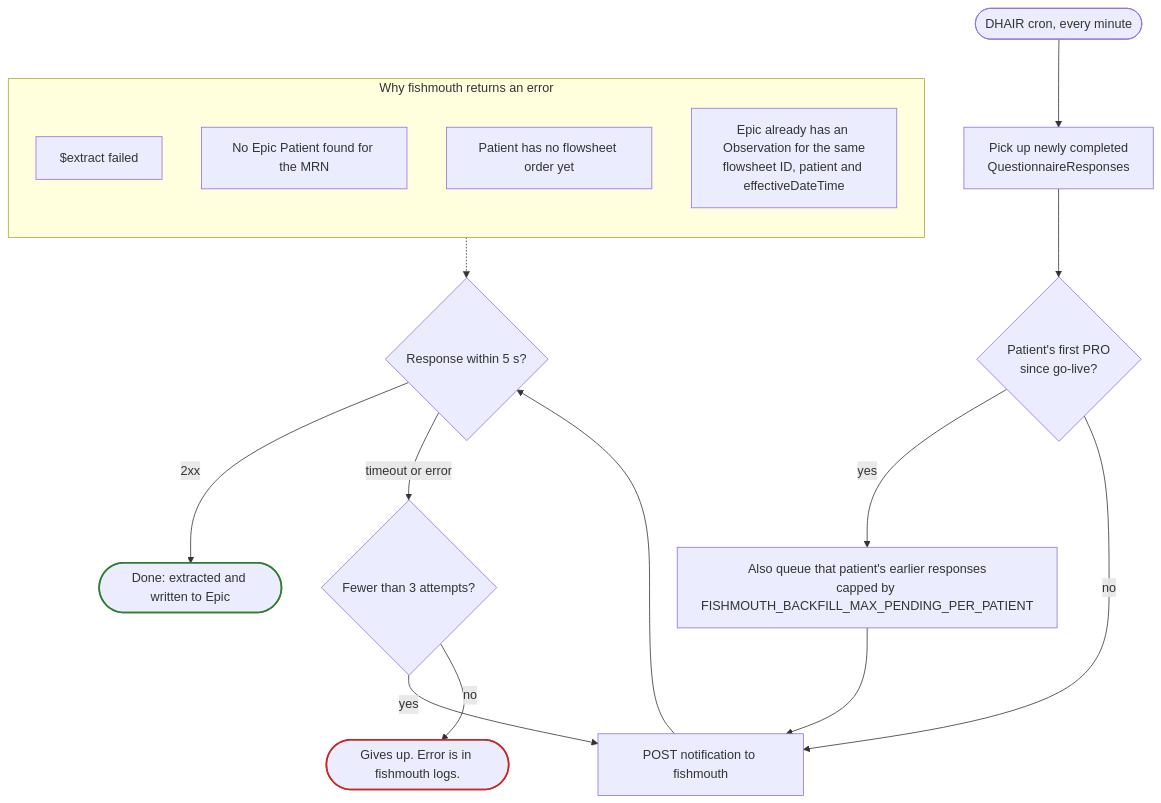
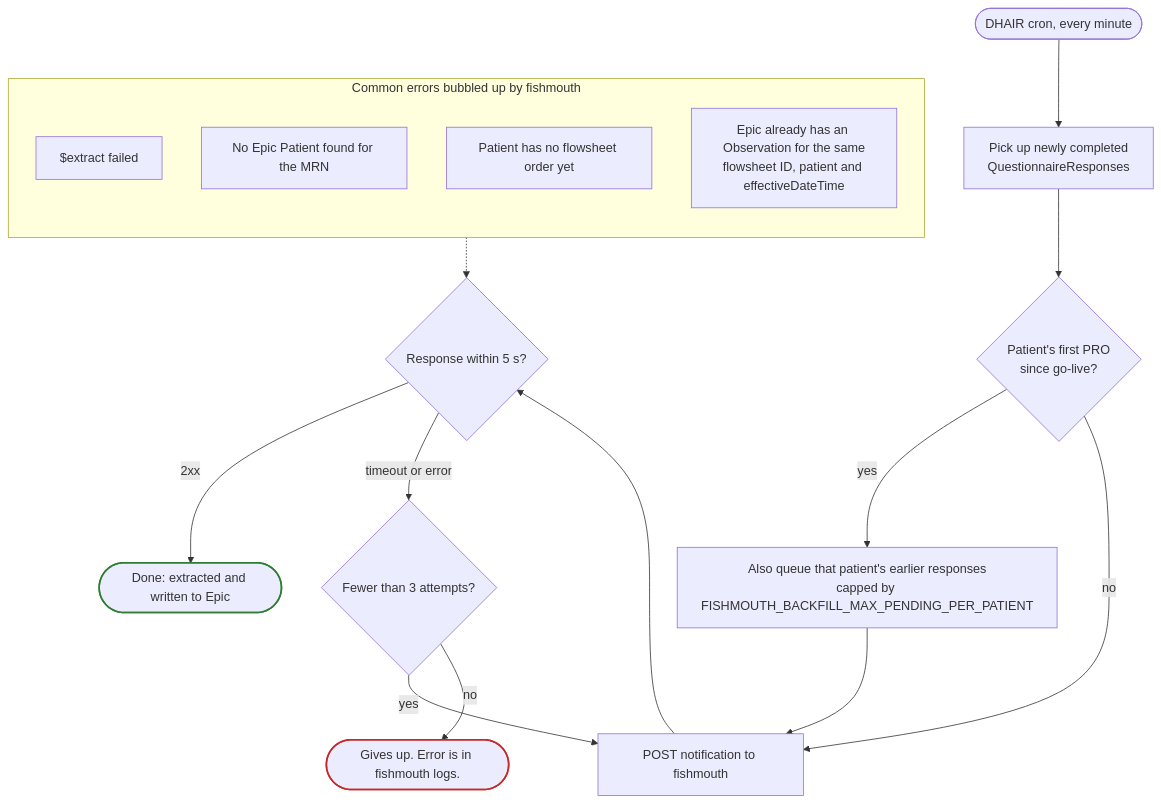
One commit to uwcirg/embedhw-environments changed the third of 3 diagrams in docs/epic-write-flow.md. Above: the diagram before and after it, drawn with Mermaid. The commit also changed other lines of this file, not shown here.

````diff
--- a/docs/epic-write-flow.md
+++ b/docs/epic-write-flow.md
@@ -102,26 +107,26 @@
 ```mermaid
 flowchart TD
     CRON(["DHAIR cron, every minute"]) --> NEW["Pick up newly completed<br/>QuestionnaireResponses"]
     NEW --> FIRST{"Patient's first PRO<br/>since go-live?"}
     FIRST -->|yes| BF["Also queue that patient's earlier responses<br/>capped by FISHMOUTH_BACKFILL_MAX_PENDING_PER_PATIENT"]
     FIRST -->|no| SEND
     BF --> SEND["POST notification to fishmouth"]
 
     SEND --> RESP{"Response within 5 s?"}
     RESP -->|2xx| DONE(["Done: extracted and written to Epic"]):::ok
     RESP -->|"timeout or error"| TRY{"Fewer than 3 attempts?"}
     TRY -->|yes| SEND
     TRY -->|no| FAIL(["Gives up. Error is in fishmouth logs."]):::bad
 
-    subgraph WHY["Why fishmouth returns an error"]
+    subgraph WHY["Common errors bubbled up by fishmouth"]
         direction TB
         E1["$extract failed"]
         E2["No Epic Patient found for the MRN"]
         E3["Patient has no flowsheet order yet"]
         E4["Epic already has an Observation for the same<br/>flowsheet ID, patient and effectiveDateTime"]
     end
     WHY -.-> RESP
 
     classDef ok stroke:#2e7d32,stroke-width:2px
     classDef bad stroke:#c62828,stroke-width:2px
 ```
````
